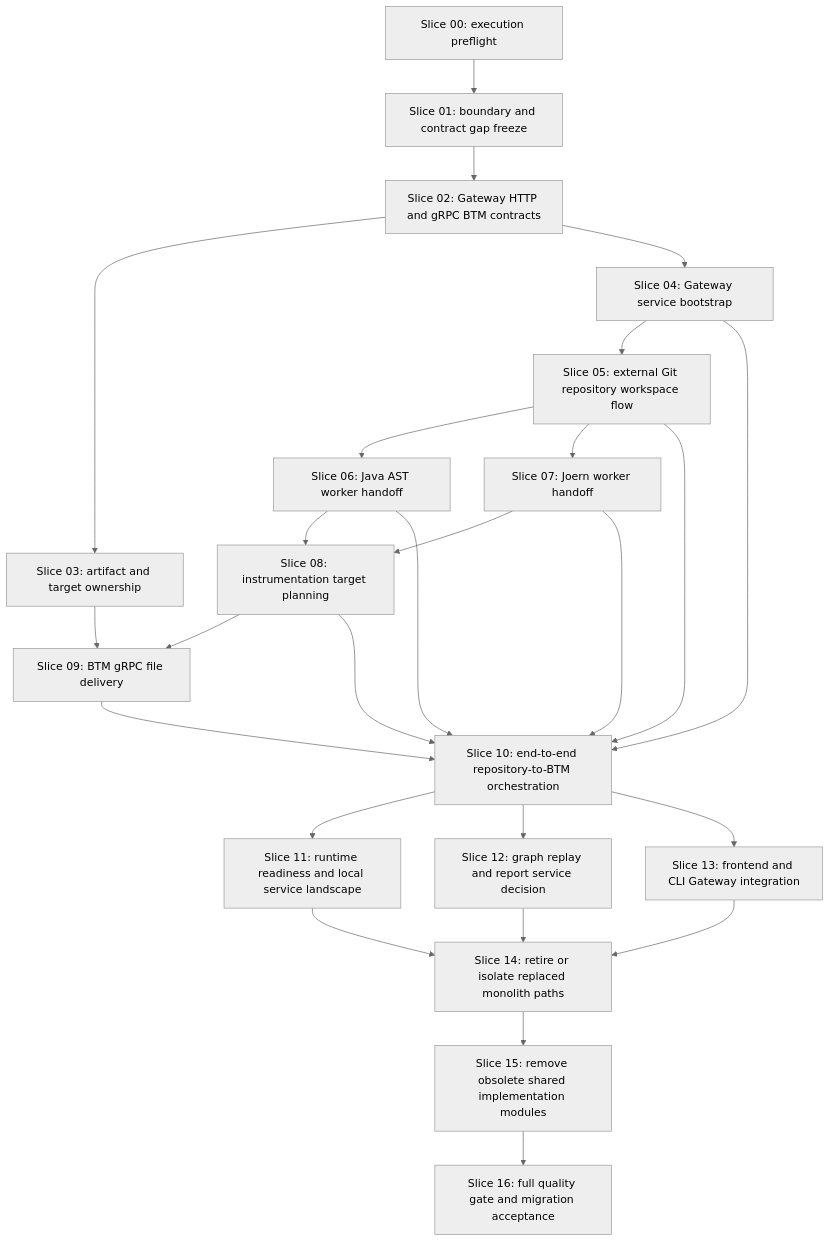
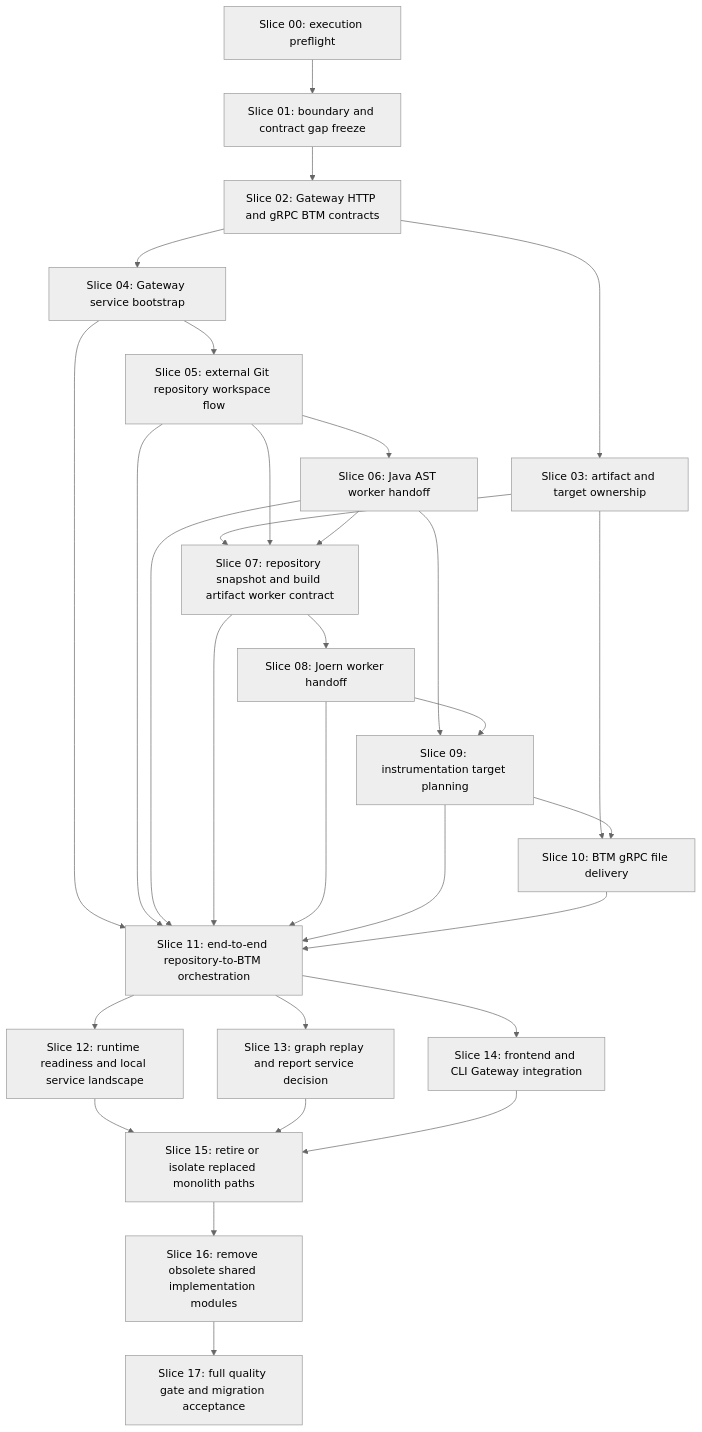
One commit to MatthiasBurger-Coder/forensic_analytics changed the diagram in docs/workflow/slice-dependency-map.md. Above: the diagram before and after it, drawn with Mermaid (neutral theme). The commit also changed other lines of this file and 20 other files, not shown here.

First line of the commit message:
docs(workflow): insert build artifact unblock slice

````diff
--- a/docs/workflow/slice-dependency-map.md
+++ b/docs/workflow/slice-dependency-map.md
@@ -3,44 +3,49 @@
 ```mermaid
 flowchart TD
   S00["Slice 00: execution preflight"]
   S01["Slice 01: boundary and contract gap freeze"]
   S02["Slice 02: Gateway HTTP and gRPC BTM contracts"]
   S03["Slice 03: artifact and target ownership"]
   S04["Slice 04: Gateway service bootstrap"]
   S05["Slice 05: external Git repository workspace flow"]
   S06["Slice 06: Java AST worker handoff"]
-  S07["Slice 07: Joern worker handoff"]
-  S08["Slice 08: instrumentation target planning"]
-  S09["Slice 09: BTM gRPC file delivery"]
-  S10["Slice 10: end-to-end repository-to-BTM orchestration"]
-  S11["Slice 11: runtime readiness and local service landscape"]
-  S12["Slice 12: graph replay and report service decision"]
-  S13["Slice 13: frontend and CLI Gateway integration"]
-  S14["Slice 14: retire or isolate replaced monolith paths"]
-  S15["Slice 15: remove obsolete shared implementation modules"]
-  S16["Slice 16: full quality gate and migration acceptance"]
+  S07["Slice 07: repository snapshot and build artifact worker contract"]
+  S08["Slice 08: Joern worker handoff"]
+  S09["Slice 09: instrumentation target planning"]
+  S10["Slice 10: BTM gRPC file delivery"]
+  S11["Slice 11: end-to-end repository-to-BTM orchestration"]
+  S12["Slice 12: runtime readiness and local service landscape"]
+  S13["Slice 13: graph replay and report service decision"]
+  S14["Slice 14: frontend and CLI Gateway integration"]
+  S15["Slice 15: retire or isolate replaced monolith paths"]
+  S16["Slice 16: remove obsolete shared implementation modules"]
+  S17["Slice 17: full quality gate and migration acceptance"]
 
   S00 --> S01 --> S02
   S02 --> S03
   S02 --> S04
   S04 --> S05
   S05 --> S06
+  S03 --> S07
   S05 --> S07
-  S06 --> S08
+  S06 --> S07
   S07 --> S08
-  S03 --> S09
+  S06 --> S09
   S08 --> S09
-  S04 --> S10
-  S05 --> S10
-  S06 --> S10
-  S07 --> S10
-  S08 --> S10
+  S03 --> S10
   S09 --> S10
+  S04 --> S11
+  S05 --> S11
+  S06 --> S11
+  S07 --> S11
+  S08 --> S11
+  S09 --> S11
   S10 --> S11
-  S10 --> S12
-  S10 --> S13
+  S11 --> S12
+  S11 --> S13
   S11 --> S14
-  S12 --> S14
-  S13 --> S14
-  S14 --> S15 --> S16
+  S12 --> S15
+  S13 --> S15
+  S14 --> S15
+  S15 --> S16 --> S17
 ```
````
